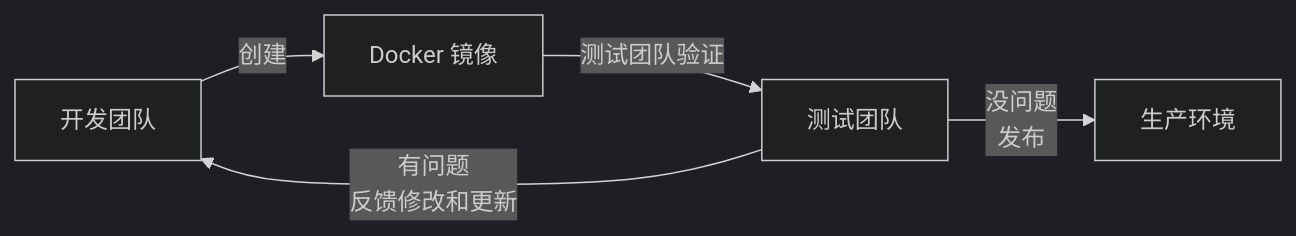
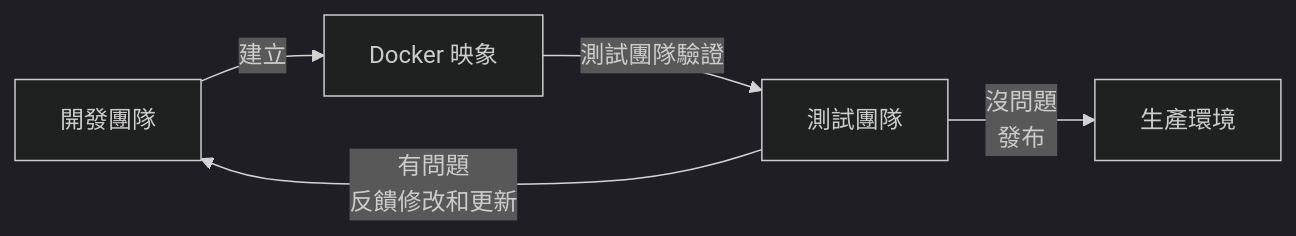
One commit to doggy8088/docker_practice changed the first of 4 diagrams in 01_introduction/1.3_why.md. Above: the diagram before and after it, drawn with Mermaid (dark theme). The commit also changed other lines of this file and 211 other files, not shown here.

````diff
--- a/01_introduction/1.3_why.md
+++ b/01_introduction/1.3_why.md
@@ -50,7 +50,7 @@
 ```mermaid
 flowchart LR
-    dev["开发团队"] -->|创建| img["Docker 镜像"]
-    img -->|测试团队验证| test["测试团队"]
-    test -- "有问题<br/>反馈修改和更新" --> dev
-    test -- "没问题<br/>发布" --> prod["生产环境"]
+    dev["開發團隊"] -->|建立| img["Docker 映象"]
+    img -->|測試團隊驗證| test["測試團隊"]
+    test -- "有問題<br/>反饋修改和更新" --> dev
+    test -- "沒問題<br/>發布" --> prod["生產環境"]
 ```
````
